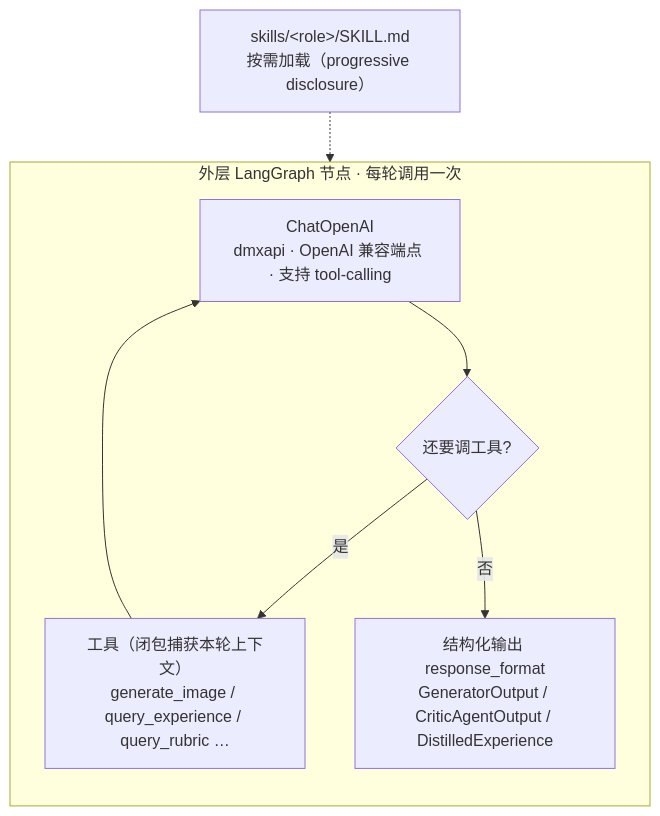
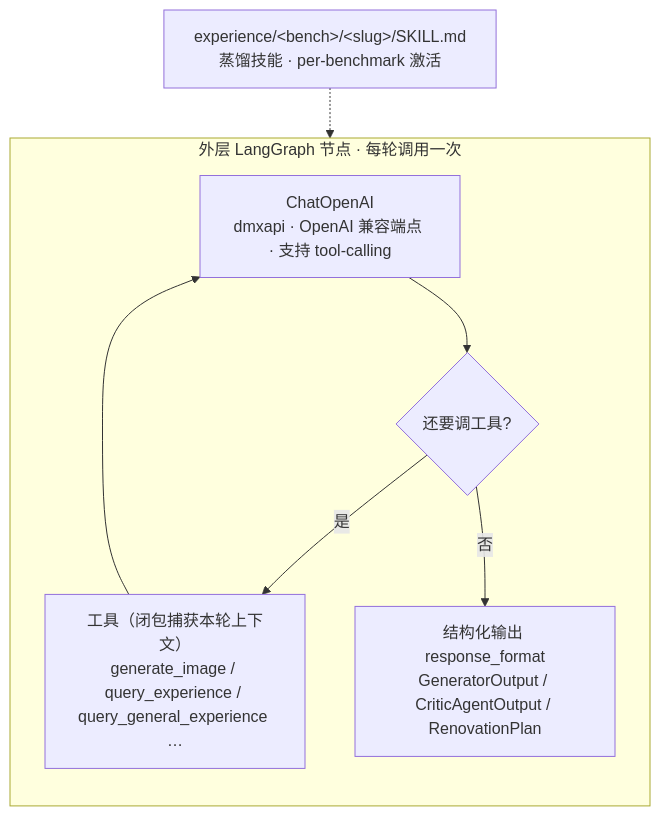
The third of 6 diagrams in README.md (zenthos-z/img-iter-agent), drawn with Mermaid before and after one commit. The commit also changed other lines of this file, not shown here.

````diff
--- a/README.md
+++ b/README.md
@@ -64,12 +69,12 @@
 ```mermaid
 flowchart TD
   subgraph node["外层 LangGraph 节点 · 每轮调用一次"]
     direction TB
     LLM["ChatOpenAI<br/>dmxapi · OpenAI 兼容端点 · 支持 tool-calling"]
     LLM --> dec{"还要调工具?"}
-    dec -- 是 --> tools["工具（闭包捕获本轮上下文）<br/>generate_image / query_experience / query_rubric …"]
+    dec -- 是 --> tools["工具（闭包捕获本轮上下文）<br/>generate_image / query_experience / query_general_experience …"]
     tools --> LLM
-    dec -- 否 --> out["结构化输出 response_format<br/>GeneratorOutput / CriticAgentOutput / DistilledExperience"]
+    dec -- 否 --> out["结构化输出 response_format<br/>GeneratorOutput / CriticAgentOutput / RenovationPlan"]
   end
-  skill["skills/&lt;role&gt;/SKILL.md<br/>按需加载（progressive disclosure）"] -.-> LLM
+  skill["experience/&lt;bench&gt;/&lt;slug&gt;/SKILL.md<br/>蒸馏技能 · per-benchmark 激活"] -.-> LLM
 ```
````
